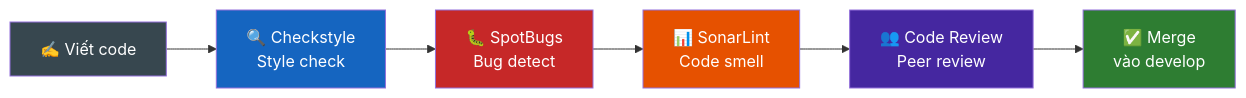
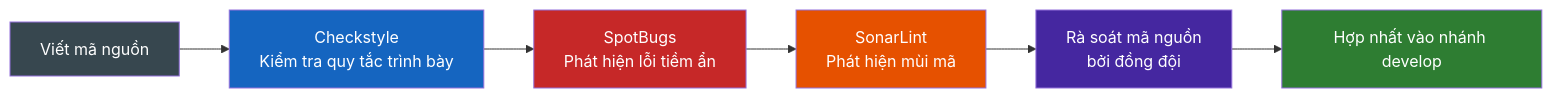
The diagram in chapters/Ch06_CHƯƠNG_4_HIỆN_THỰC_HÓA_VÀ_ĐẢM_BẢO_CHẤT_.md (Elkayee/doc-automation-suite), drawn with Mermaid before and after one commit. The commit also changed other lines of this file and 21 other files, not shown here.

````diff
--- a/chapters/Ch06_CHƯƠNG_4_HIỆN_THỰC_HÓA_VÀ_ĐẢM_BẢO_CHẤT_.md
+++ b/chapters/Ch06_CHƯƠNG_4_HIỆN_THỰC_HÓA_VÀ_ĐẢM_BẢO_CHẤT_.md
@@ -17,15 +17,15 @@
 ```mermaid
 graph LR
-    A["✍️ Viết code"] --> B["🔍 Checkstyle\nStyle check"]
-    B --> C["🐛 SpotBugs\nBug detect"]
-    C --> D["📊 SonarLint\nCode smell"]
-    D --> E["👥 Code Review\nPeer review"]
-    E --> F["✅ Merge\nvào develop"]
+    A["Viết mã nguồn"] --> B["Checkstyle\nKiểm tra quy tắc trình bày"]
+    B --> C["SpotBugs\nPhát hiện lỗi tiềm ẩn"]
+    C --> D["SonarLint\nPhát hiện mùi mã"]
+    D --> E["Rà soát mã nguồn\nbởi đồng đội"]
+    E --> F["Hợp nhất vào nhánh develop"]
 
     style A fill:#37474F,color:#fff
     style B fill:#1565C0,color:#fff
     style C fill:#C62828,color:#fff
     style D fill:#E65100,color:#fff
     style E fill:#4527A0,color:#fff
     style F fill:#2E7D32,color:#fff
 ```
````
